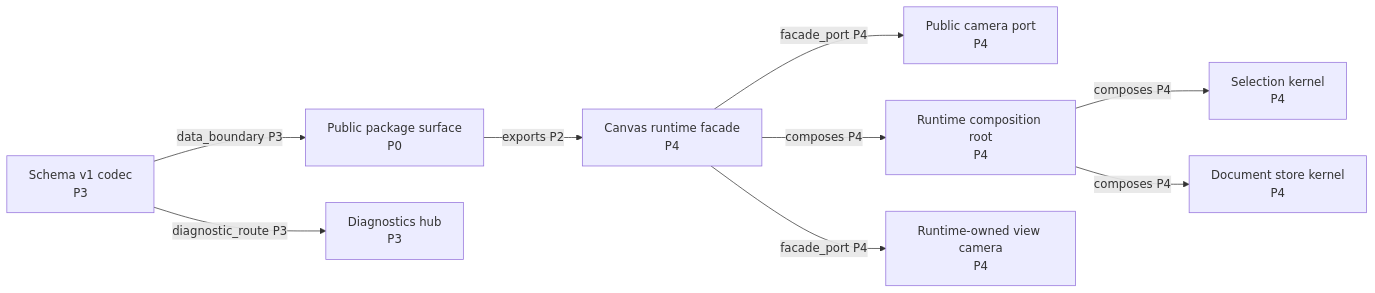
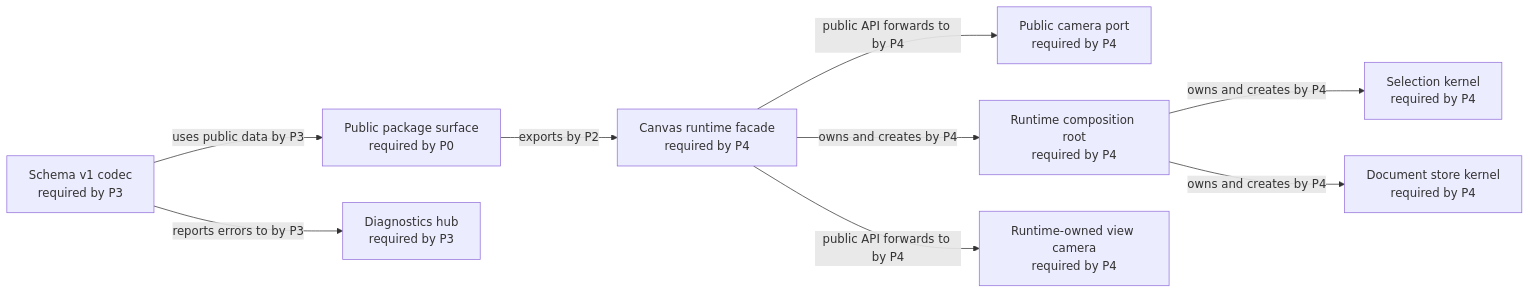
One commit to GreatPika/iwb_canvas_engine changed the diagram in docs/diagrams/generated/current_phase.mmd. Above: the diagram before and after it, drawn with Mermaid. The commit also changed 5 other files, not shown here.

First line of the commit message:
fix: make generated graph views readable

```diff
--- a/docs/diagrams/generated/current_phase.mmd
+++ b/docs/diagrams/generated/current_phase.mmd
@@ -1,22 +1,22 @@
 %% GENERATED FILE. Do not edit by hand.
 %% Source: docs/architecture/architecture_graph.yaml
 %% View: Selected phase architecture graph
 %% Selected phase: P4
 flowchart LR
-  api_camera_port["Public camera port\nP4"]
-  api_canvas_runtime["Canvas runtime facade\nP4"]
-  api_public_surface["Public package surface\nP0"]
-  codec_schema_v1["Schema v1 codec\nP3"]
-  diagnostics_hub["Diagnostics hub\nP3"]
-  runtime_root["Runtime composition root\nP4"]
-  runtime_view_camera["Runtime-owned view camera\nP4"]
-  selection_kernel["Selection kernel\nP4"]
-  store_document_kernel["Document store kernel\nP4"]
-  api_canvas_runtime -->|facade_port P4| runtime_view_camera
-  api_canvas_runtime -->|composes P4| runtime_root
-  api_canvas_runtime -->|facade_port P4| api_camera_port
-  api_public_surface -->|exports P2| api_canvas_runtime
-  codec_schema_v1 -->|diagnostic_route P3| diagnostics_hub
-  codec_schema_v1 -->|data_boundary P3| api_public_surface
-  runtime_root -->|composes P4| selection_kernel
-  runtime_root -->|composes P4| store_document_kernel
+  api_camera_port["Public camera port<br/>required by P4"]
+  api_canvas_runtime["Canvas runtime facade<br/>required by P4"]
+  api_public_surface["Public package surface<br/>required by P0"]
+  codec_schema_v1["Schema v1 codec<br/>required by P3"]
+  diagnostics_hub["Diagnostics hub<br/>required by P3"]
+  runtime_root["Runtime composition root<br/>required by P4"]
+  runtime_view_camera["Runtime-owned view camera<br/>required by P4"]
+  selection_kernel["Selection kernel<br/>required by P4"]
+  store_document_kernel["Document store kernel<br/>required by P4"]
+  api_canvas_runtime -->|public API forwards to by P4| runtime_view_camera
+  api_canvas_runtime -->|owns and creates by P4| runtime_root
+  api_canvas_runtime -->|public API forwards to by P4| api_camera_port
+  api_public_surface -->|exports by P2| api_canvas_runtime
+  codec_schema_v1 -->|reports errors to by P3| diagnostics_hub
+  codec_schema_v1 -->|uses public data by P3| api_public_surface
+  runtime_root -->|owns and creates by P4| selection_kernel
+  runtime_root -->|owns and creates by P4| store_document_kernel
```
